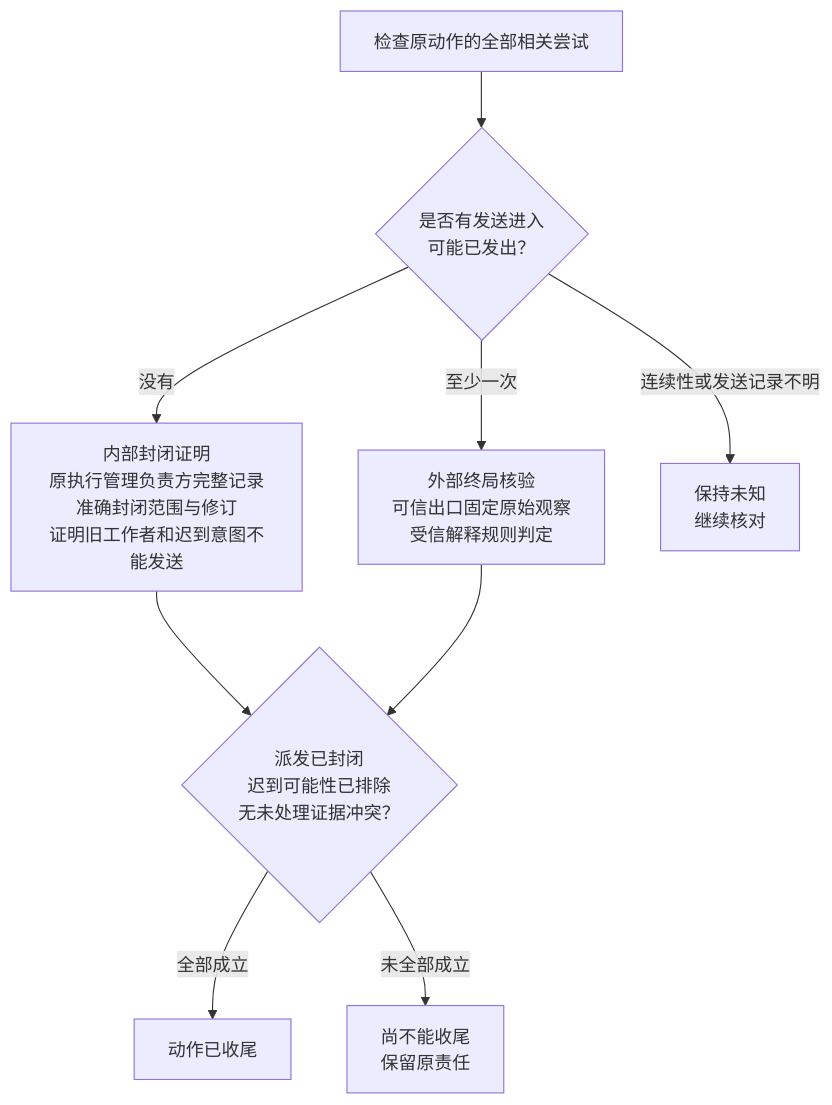
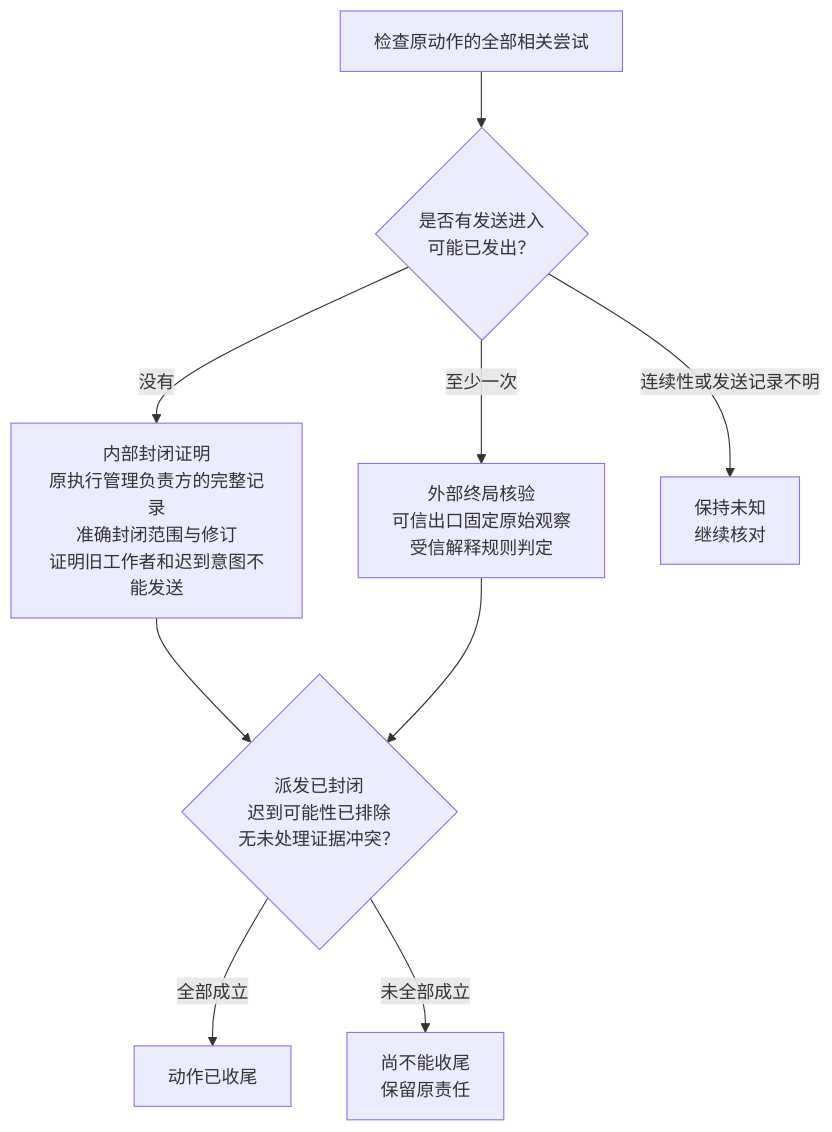
The diagram in docs/architecture/core/ledger/README.md (ruipengliu/lerna), drawn with Mermaid before and after one commit. The commit also changed other lines of this file and 49 other files, not shown here.

````diff
--- a/docs/architecture/core/ledger/README.md
+++ b/docs/architecture/core/ledger/README.md
@@ -118,11 +119,11 @@
 ```mermaid
 flowchart TB
     Start["检查原动作的全部相关尝试"] --> History{"是否有发送进入<br/>可能已发出？"}
-    History -->|没有| Internal["内部封闭证明<br/>原执行管理负责方完整记录<br/>准确封闭范围与修订<br/>证明旧工作者和迟到意图不能发送"]
+    History -->|没有| Internal["内部封闭证明<br/>原执行管理负责方的完整记录<br/>准确封闭范围与修订<br/>证明旧工作者和迟到意图不能发送"]
     History -->|至少一次| External["外部终局核验<br/>可信出口固定原始观察<br/>受信解释规则判定"]
     History -->|连续性或发送记录不明| Unknown["保持未知<br/>继续核对"]
     Internal --> Gate{"派发已封闭<br/>迟到可能性已排除<br/>无未处理证据冲突？"}
     External --> Gate
     Gate -->|全部成立| Settled["动作已收尾"]
     Gate -->|未全部成立| Open["尚不能收尾<br/>保留原责任"]
 ```
````
